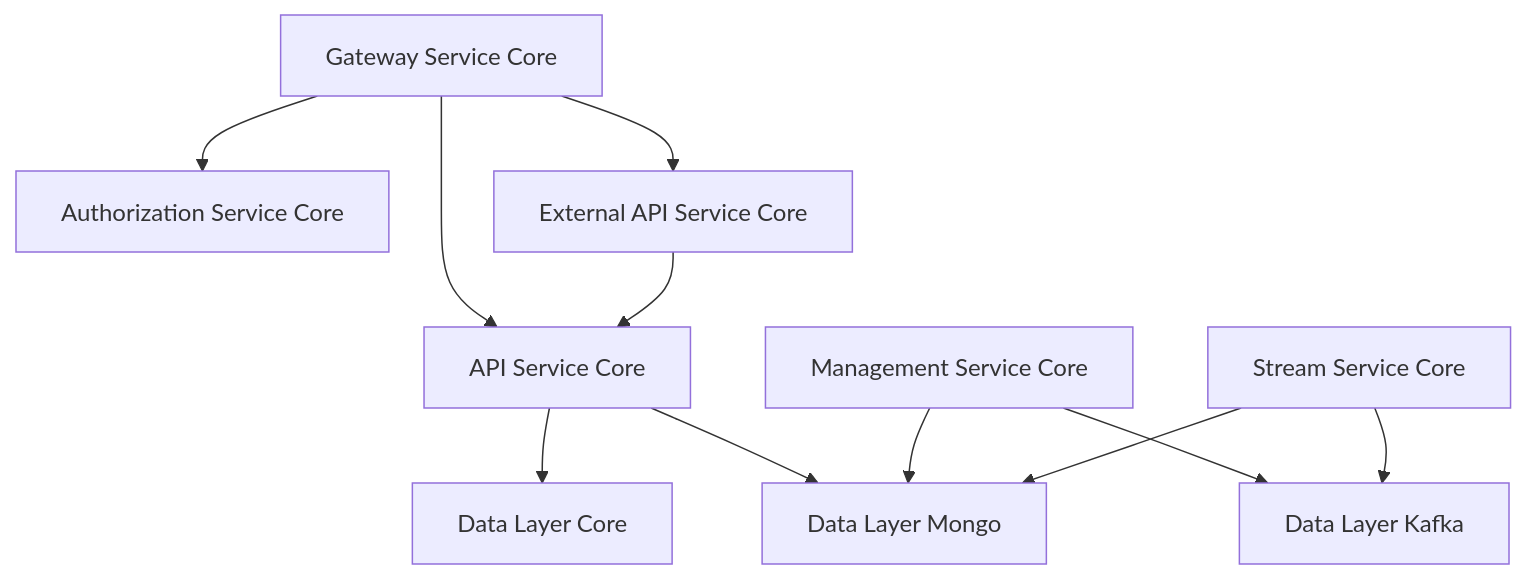
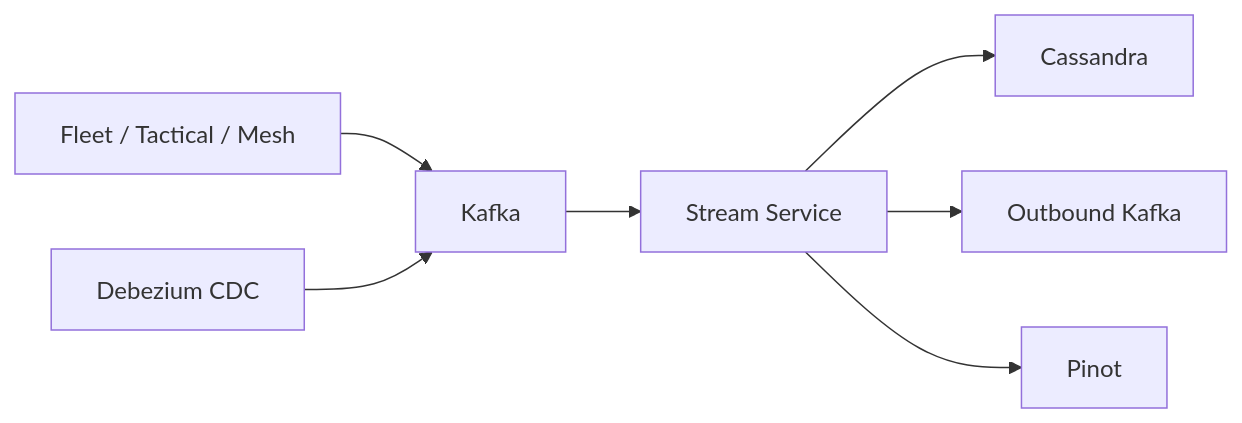
One commit to Praesto-Pro/openframe-oss-tenant changed the diagram in docs/architecture/diagrams/README-4.mmd. Above: the diagram before and after it, drawn with Mermaid. The commit also changed 344 other files, not shown here.

```diff
--- a/docs/architecture/diagrams/README-4.mmd
+++ b/docs/architecture/diagrams/README-4.mmd
@@ -1,25 +1,7 @@
-flowchart TD
-    Gateway["Gateway Service Core"]
-    Auth["Authorization Service Core"]
-    Api["API Service Core"]
-    External["External API Service Core"]
-    Mgmt["Management Service Core"]
-    Stream["Stream Service Core"]
-    Mongo["Data Layer Mongo"]
-    Kafka["Data Layer Kafka"]
-    CoreData["Data Layer Core"]
-
-    Gateway --> Auth
-    Gateway --> Api
-    Gateway --> External
-
-    Api --> Mongo
-    Api --> CoreData
-
-    External --> Api
-
-    Mgmt --> Mongo
-    Mgmt --> Kafka
-
-    Stream --> Kafka
-    Stream --> Mongo
+flowchart LR
+    Tools["Fleet / Tactical / Mesh"] --> Kafka
+    MongoCDC["Debezium CDC"] --> Kafka
+    Kafka --> Stream["Stream Service"]
+    Stream --> Cassandra
+    Stream --> KafkaOut["Outbound Kafka"]
+    Stream --> Pinot
```
